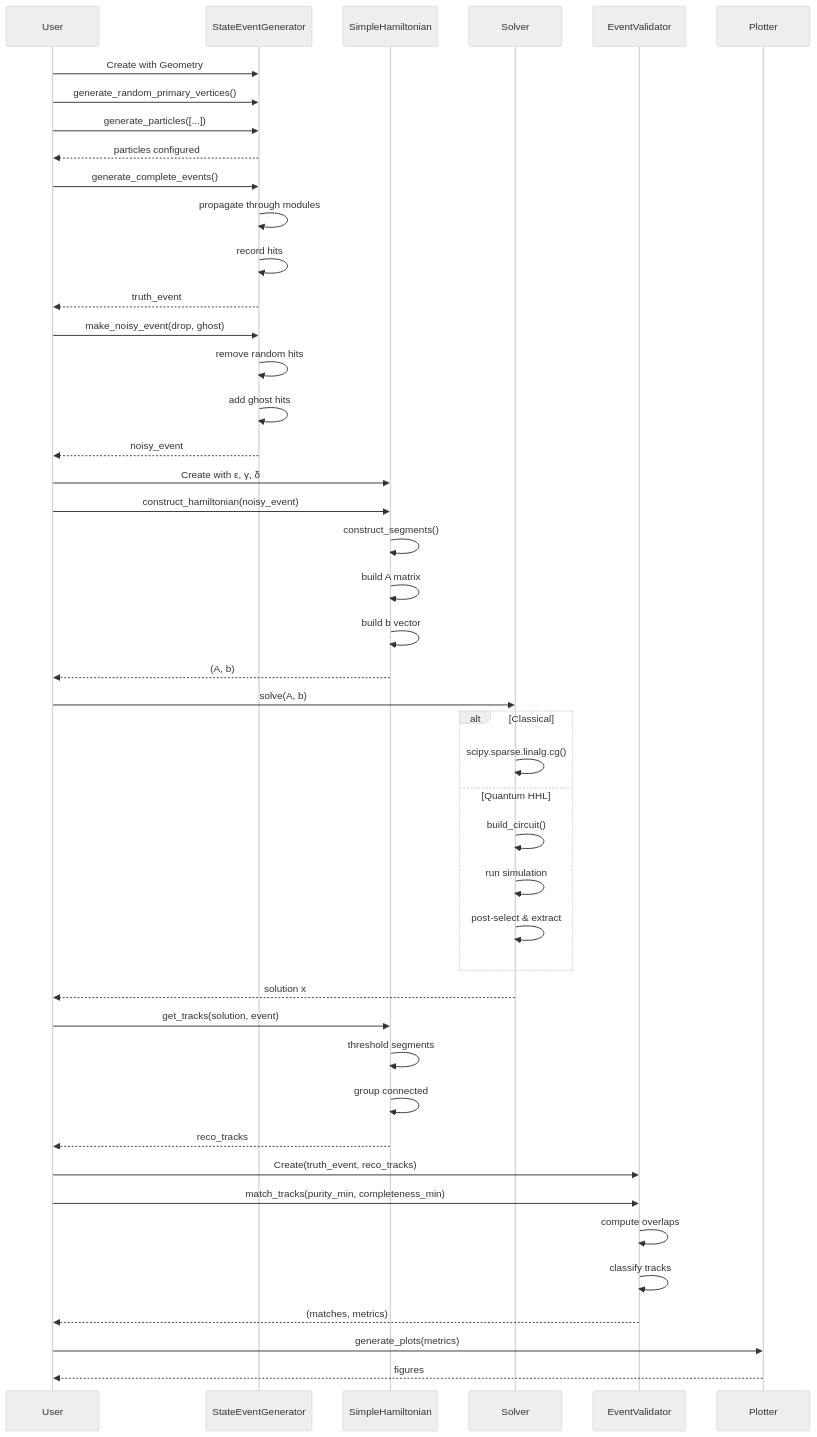
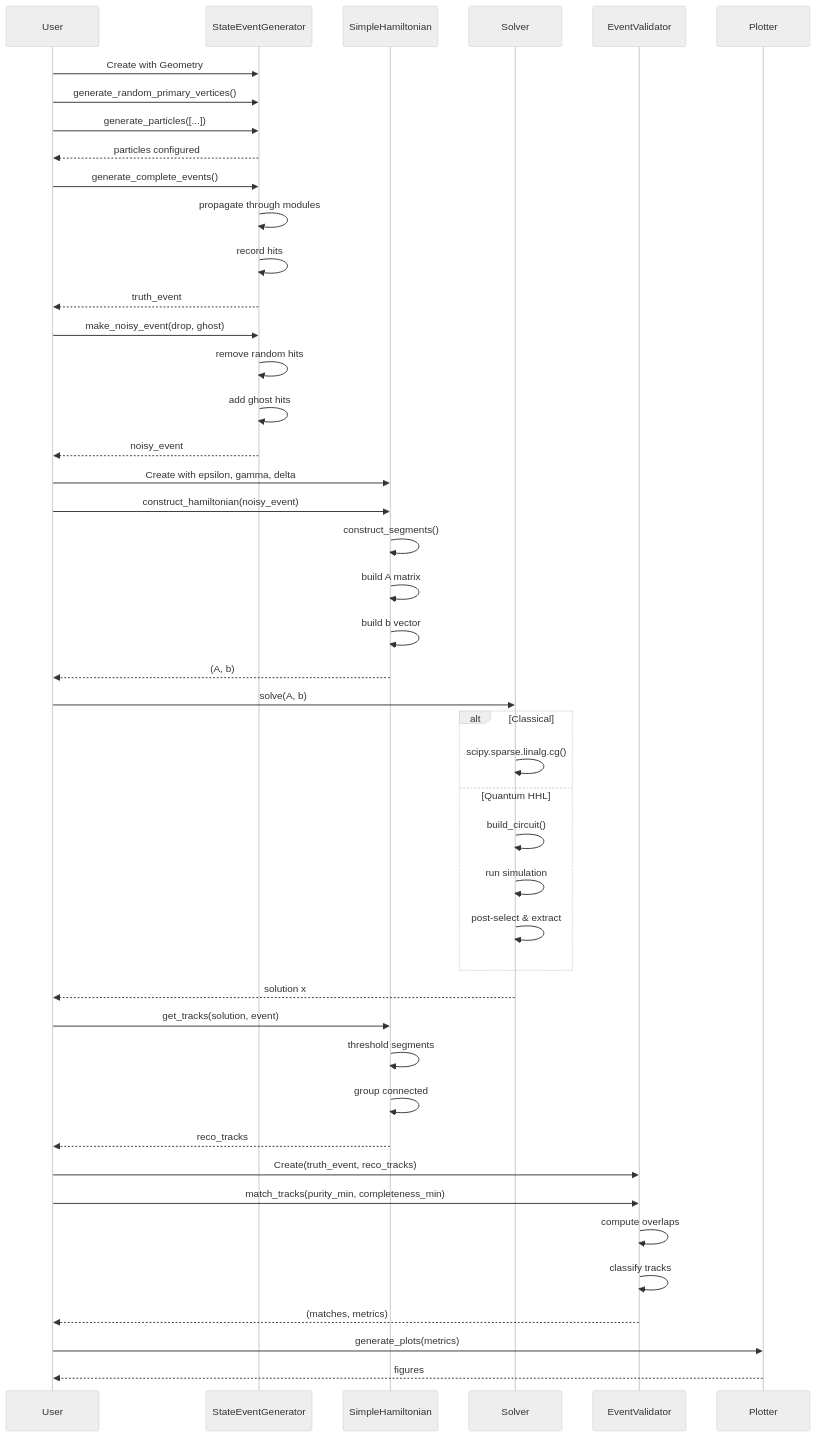
Before and after one commit to GeorgeWilliam1999/LHCb_VeLo_Toy_Model: the tenth of 13 diagrams in docs/FLOW_DIAGRAMS.md, drawn with Mermaid (neutral theme). The commit also changed other lines of this file and 1 other file, not shown here.

````diff
--- a/docs/FLOW_DIAGRAMS.md
+++ b/docs/FLOW_DIAGRAMS.md
@@ -639,55 +633,55 @@
 ```mermaid
 sequenceDiagram
     participant User
     participant Gen as StateEventGenerator
     participant Ham as SimpleHamiltonian
     participant Sol as Solver
     participant Val as EventValidator
     participant Plot as Plotter
     
     User->>Gen: Create with Geometry
     User->>Gen: generate_random_primary_vertices()
     User->>Gen: generate_particles([...])
     Gen-->>User: particles configured
     
     User->>Gen: generate_complete_events()
     Gen->>Gen: propagate through modules
     Gen->>Gen: record hits
     Gen-->>User: truth_event
     
     User->>Gen: make_noisy_event(drop, ghost)
     Gen->>Gen: remove random hits
     Gen->>Gen: add ghost hits
     Gen-->>User: noisy_event
     
-    User->>Ham: Create with ε, γ, δ
+    User->>Ham: Create with epsilon, gamma, delta
     User->>Ham: construct_hamiltonian(noisy_event)
     Ham->>Ham: construct_segments()
     Ham->>Ham: build A matrix
     Ham->>Ham: build b vector
     Ham-->>User: (A, b)
     
     User->>Sol: solve(A, b)
     alt Classical
         Sol->>Sol: scipy.sparse.linalg.cg()
     else Quantum HHL
         Sol->>Sol: build_circuit()
         Sol->>Sol: run simulation
         Sol->>Sol: post-select & extract
     end
     Sol-->>User: solution x
     
     User->>Ham: get_tracks(solution, event)
     Ham->>Ham: threshold segments
     Ham->>Ham: group connected
     Ham-->>User: reco_tracks
     
     User->>Val: Create(truth_event, reco_tracks)
     User->>Val: match_tracks(purity_min, completeness_min)
     Val->>Val: compute overlaps
     Val->>Val: classify tracks
     Val-->>User: (matches, metrics)
     
     User->>Plot: generate_plots(metrics)
     Plot-->>User: figures
 ```
````
